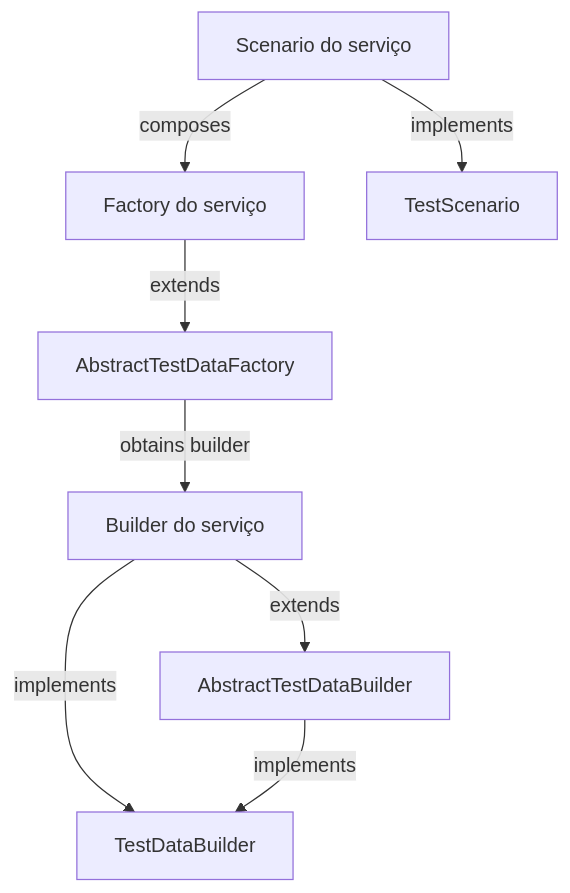
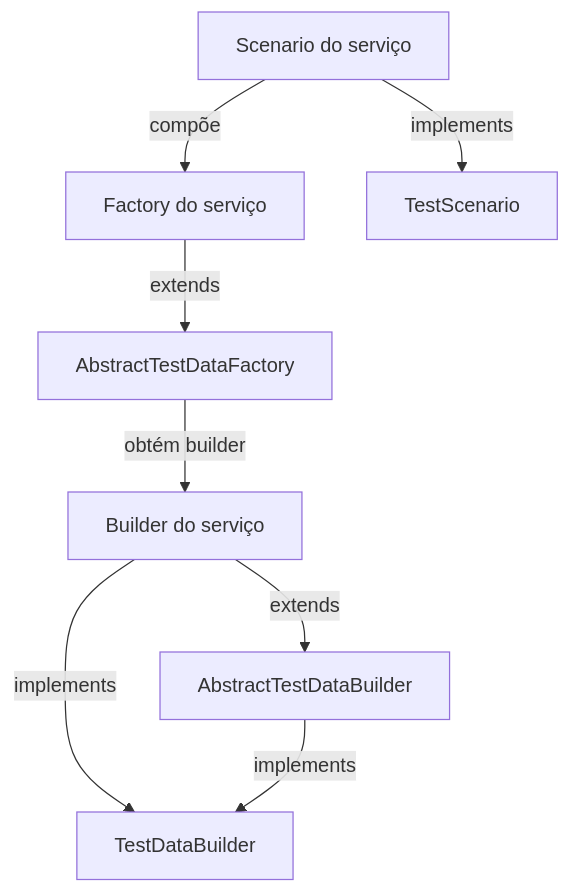
The third of 11 diagrams in modules/platform-testing/docs/PACKAGES_AND_CLASSES.md (BrunoBS/platform-libraries), drawn with Mermaid before and after one commit. The commit also changed other lines of this file and 121 other files, not shown here.

````diff
--- a/modules/platform-testing/docs/PACKAGES_AND_CLASSES.md
+++ b/modules/platform-testing/docs/PACKAGES_AND_CLASSES.md
@@ -50,18 +50,18 @@
 ```mermaid
 flowchart TB
     Builder["Builder do serviço"]
     BuilderContract["TestDataBuilder"]
     BuilderBase["AbstractTestDataBuilder"]
     Factory["Factory do serviço"]
     FactoryBase["AbstractTestDataFactory"]
     Scenario["Scenario do serviço"]
     ScenarioContract["TestScenario"]
 
     Builder -->|implements| BuilderContract
     Builder -->|extends| BuilderBase
     BuilderBase -->|implements| BuilderContract
     Factory -->|extends| FactoryBase
-    FactoryBase -->|obtains builder| Builder
+    FactoryBase -->|obtém builder| Builder
     Scenario -->|implements| ScenarioContract
-    Scenario -->|composes| Factory
+    Scenario -->|compõe| Factory
 ```
````
